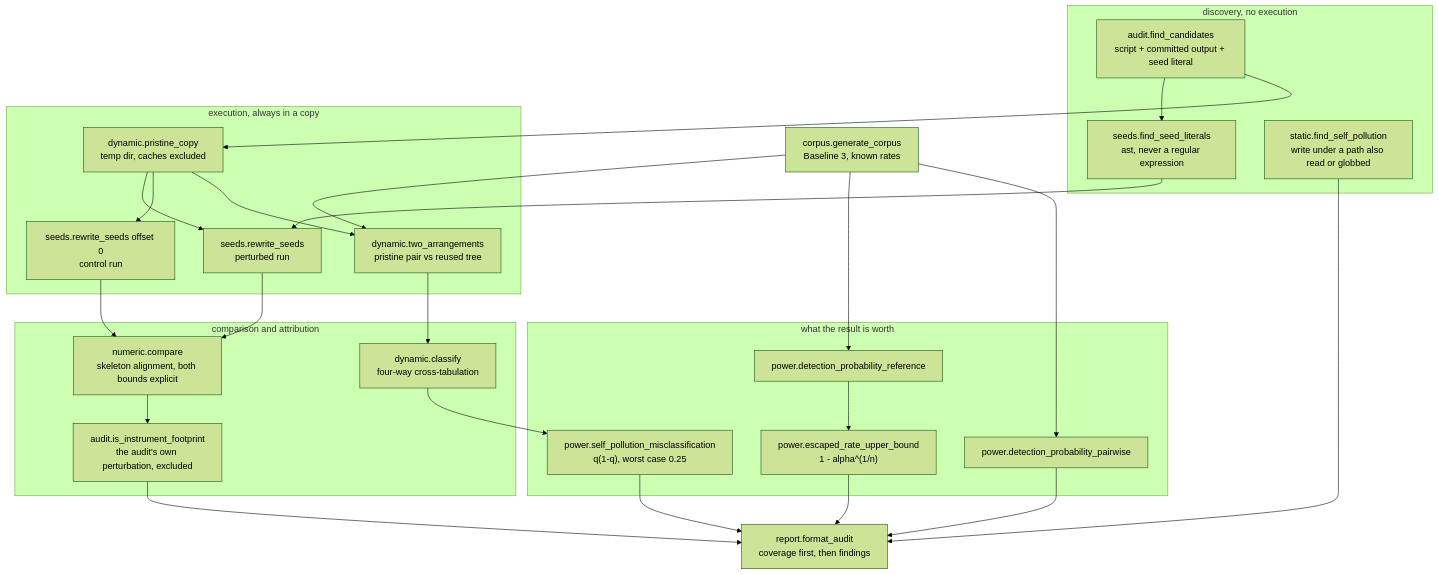
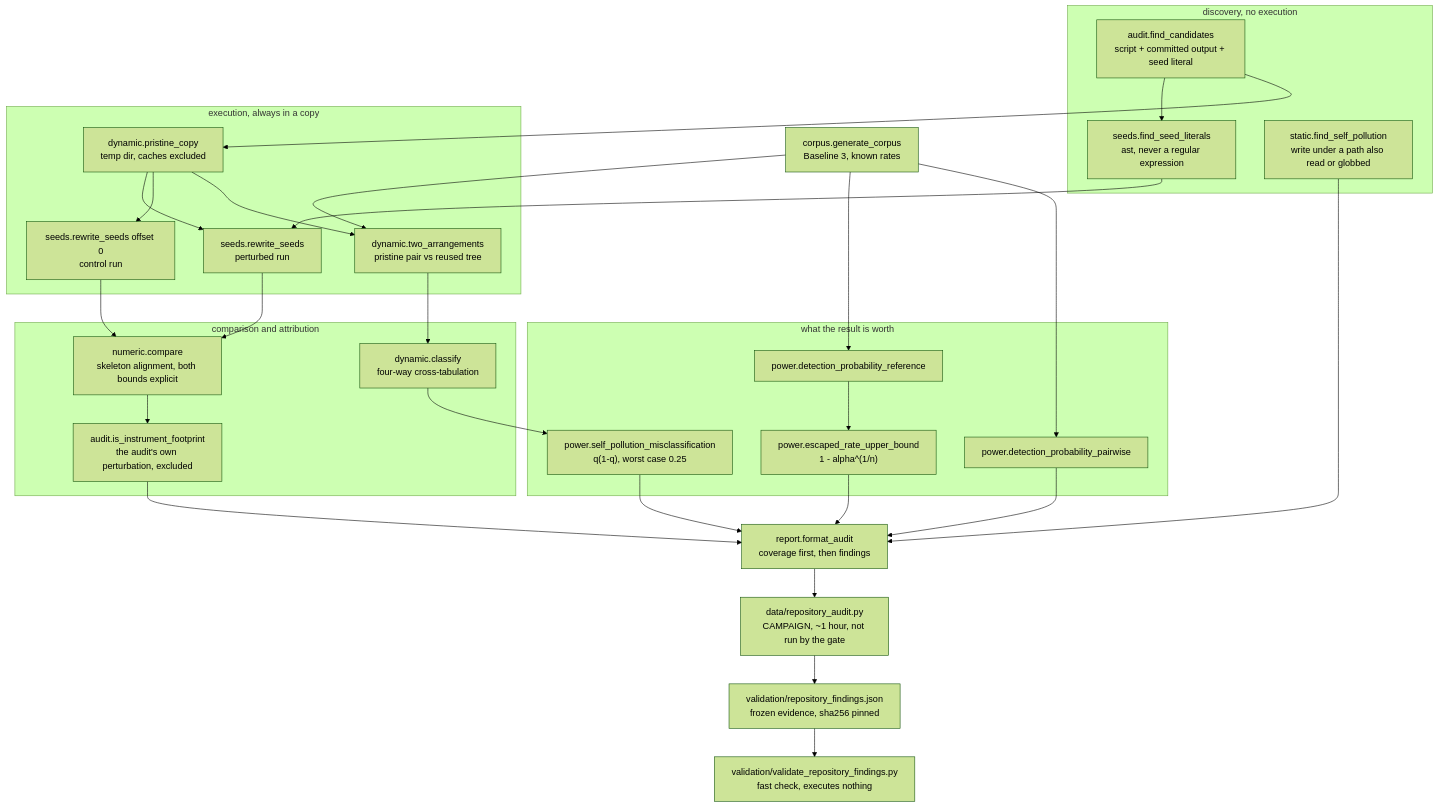
Before and after one commit to OmAcharya-avtr/aerospace-100-mission: the diagram in products/P100/README.md, drawn with Mermaid (forest theme). The commit also changed other lines of this file and 32 other files, not shown here.

Commit message:
Redact the owner's literal home path from the 2026-11-15 report, which blocked the gate's repository check

````diff
--- a/products/P100/README.md
+++ b/products/P100/README.md
@@ -238,41 +244,45 @@
 ```mermaid
 flowchart TD
     subgraph discovery["discovery, no execution"]
         A["audit.find_candidates<br/>script + committed output + seed literal"]
         B["seeds.find_seed_literals<br/>ast, never a regular expression"]
         C["static.find_self_pollution<br/>write under a path also read or globbed"]
     end
     subgraph execution["execution, always in a copy"]
         D["dynamic.pristine_copy<br/>temp dir, caches excluded"]
         E["seeds.rewrite_seeds<br/>perturbed run"]
         F["seeds.rewrite_seeds offset 0<br/>control run"]
         G["dynamic.two_arrangements<br/>pristine pair vs reused tree"]
     end
     subgraph comparison["comparison and attribution"]
         H["numeric.compare<br/>skeleton alignment, both bounds explicit"]
         I["audit.is_instrument_footprint<br/>the audit's own perturbation, excluded"]
         J["dynamic.classify<br/>four-way cross-tabulation"]
     end
     subgraph quantification["what the result is worth"]
         K["power.detection_probability_reference"]
         L["power.detection_probability_pairwise"]
         M["power.escaped_rate_upper_bound<br/>1 - alpha^(1/n)"]
         N["power.self_pollution_misclassification<br/>q(1-q), worst case 0.25"]
     end
     O["corpus.generate_corpus<br/>Baseline 3, known rates"]
     P["report.format_audit<br/>coverage first, then findings"]
+    Q["data/repository_audit.py<br/>CAMPAIGN, ~1 hour, not run by the gate"]
+    R["validation/repository_findings.json<br/>frozen evidence, sha256 pinned"]
+    S["validation/validate_repository_findings.py<br/>fast check, executes nothing"]
 
     A --> B --> E
     A --> D
     D --> E --> H
     D --> F --> H
     D --> G --> J
     H --> I --> P
     J --> N --> P
     K --> M --> P
     L --> P
     C --> P
     O --> G
     O --> K
     O --> L
+    P --> Q --> R --> S
 ```
````
